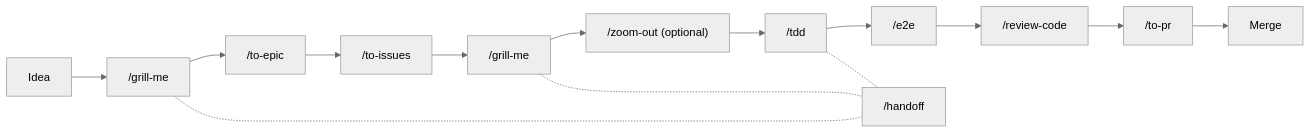
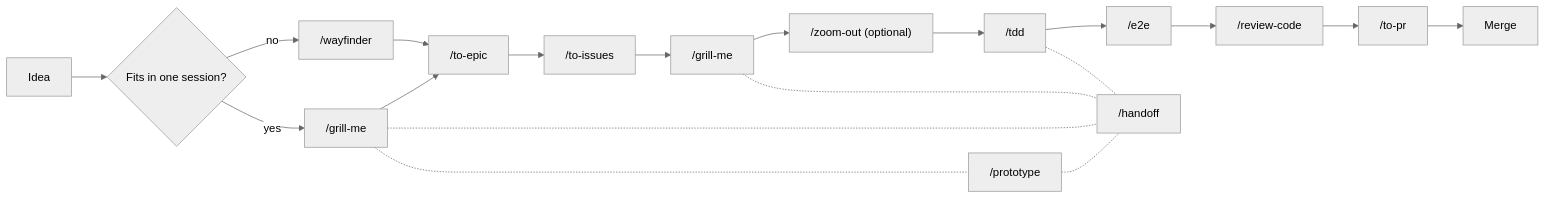
One commit to Franco904/skills changed the diagram in README.md. Above: the diagram before and after it, drawn with Mermaid (neutral theme). The commit also changed other lines of this file and 9 other files, not shown here.

First line of the commit message:
Add prototype and wayfinder skills, update docs

````diff
--- a/README.md
+++ b/README.md
@@ -53,17 +57,22 @@
 ```mermaid
 flowchart LR
-    A[Idea] --> B["/grill-me"]
+    A[Idea] --> Z{Fits in one session?}
+    Z -- yes --> B["/grill-me"]
+    Z -- no --> W["/wayfinder"]
     B --> C["/to-epic"]
+    W --> C
     C --> D["/to-issues"]
     D --> E["/grill-me"]
     E --> F["/zoom-out (optional)"]
     F --> G["/tdd"]
     G --> H["/e2e"]
     H --> I["/review-code"]
     I --> J["/to-pr"]
     J --> K[Merge]
 
-    B -.- L["/handoff"]
+    B -.- P["/prototype"]
+    P -.- L["/handoff"]
+    B -.- L
     E -.- L
     G -.- L
 ```
````
